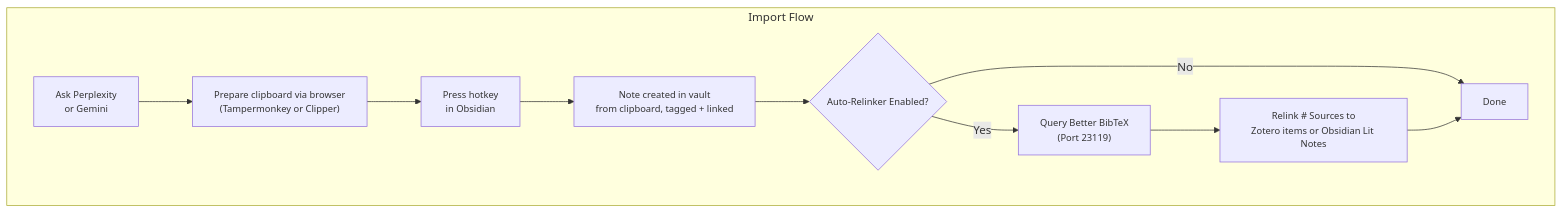
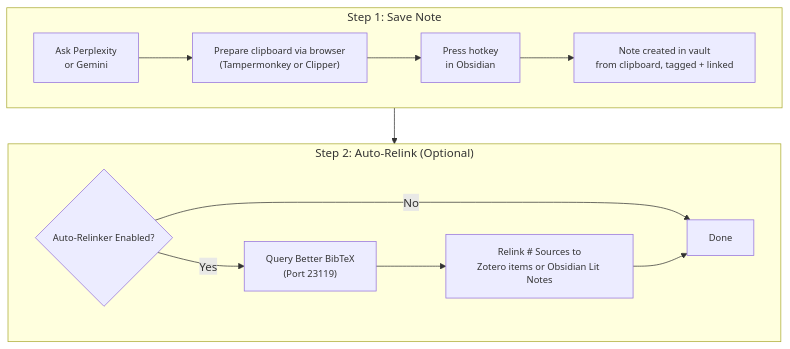
Before and after one commit to notuntoward/obsidian-perplexity-saver: the first of 2 diagrams in README.md, drawn with Mermaid.

Commit message:
docs: restructure mermaid flowchart to wrap across two rows

````diff
--- a/README.md
+++ b/README.md
@@ -13,17 +13,25 @@
 ```mermaid
 flowchart TD
-    subgraph Import Flow
-    A["Ask Perplexity<br/>or Gemini"] --> B["Prepare clipboard via browser<br/>(Tampermonkey or Clipper)"]
-    B --> C["Press hotkey<br/>in Obsidian"]
-    C --> H["Note created in vault<br/>from clipboard, tagged + linked"]
-    H --> I{"Auto-Relinker Enabled?"}
-    I -->|Yes| J["Query Better BibTeX<br/>(Port 23119)"]
-    J --> K["Relink # Sources to<br/>Zotero items or Obsidian Lit Notes"]
-    I -->|No| L["Done"]
-    K --> L
+    %% Use subgraphs to create "rows" for a wrapping/snaking layout
+    subgraph Row1 ["Step 1: Save Note"]
+        direction LR
+        A["Ask Perplexity<br/>or Gemini"] --> B["Prepare clipboard via browser<br/>(Tampermonkey or Clipper)"]
+        B --> C["Press hotkey<br/>in Obsidian"]
+        C --> H["Note created in vault<br/>from clipboard, tagged + linked"]
     end
+
+    subgraph Row2 ["Step 2: Auto-Relink (Optional)"]
+        direction LR
+        I{"Auto-Relinker Enabled?"} -->|Yes| J["Query Better BibTeX<br/>(Port 23119)"]
+        J --> K["Relink # Sources to<br/>Zotero items or Obsidian Lit Notes"]
+        I -->|No| L["Done"]
+        K --> L
+    end
+
+    %% Connect the end of Row 1 to the start of Row 2
+    H --> I
 
     %% Define the smaller font style
     classDef smallFont font-size:13px;
     class A,B,C,H,I,J,K,L smallFont;
 ```
````
